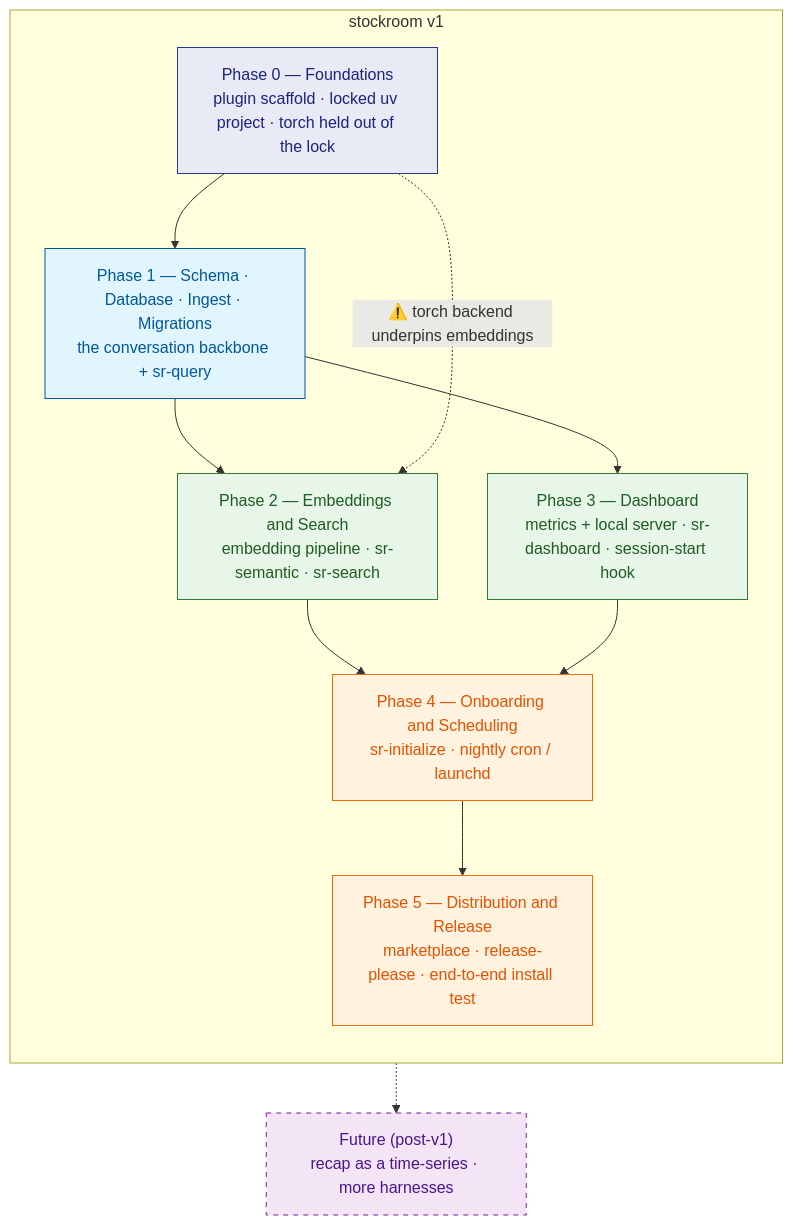
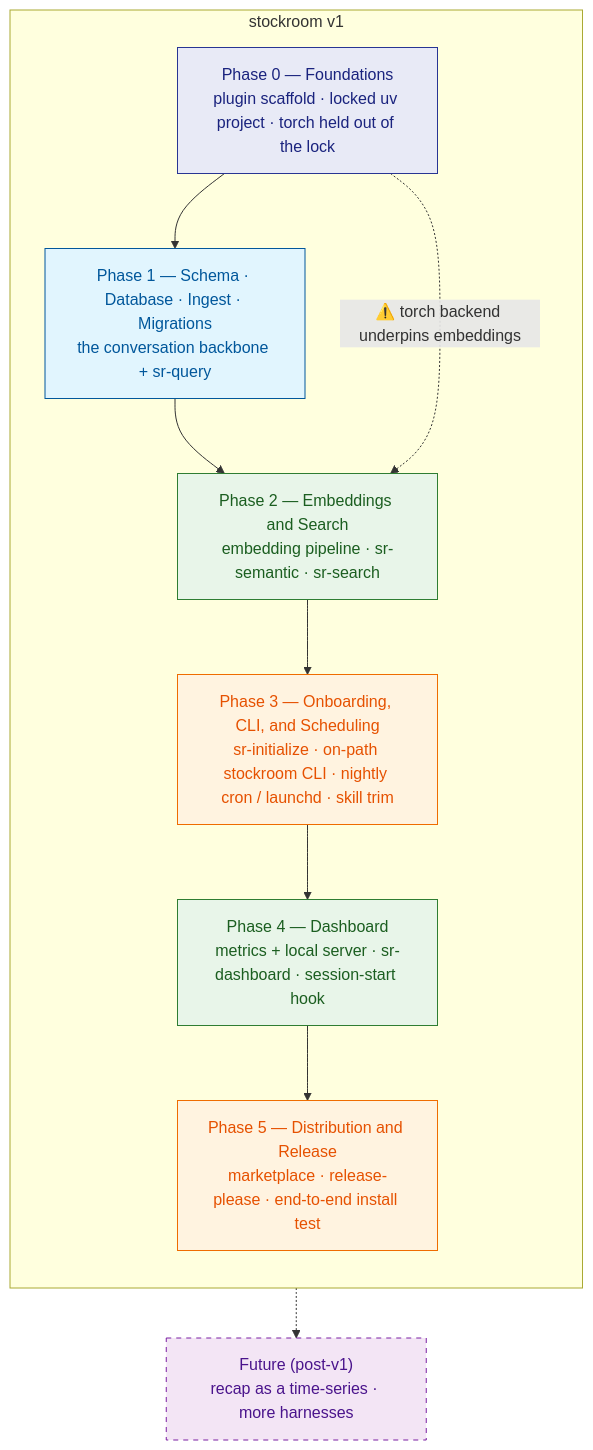
One commit to Texarkanine/stockroom changed the diagram in planning/roadmap.md. Above: the diagram before and after it, drawn with Mermaid. The commit also changed other lines of this file and 9 other files, not shown here.

````diff
--- a/planning/roadmap.md
+++ b/planning/roadmap.md
@@ -17,28 +17,27 @@
 ```mermaid
 graph TD
     classDef foundation fill:#e8eaf6,stroke:#283593,color:#1a237e;
     classDef core fill:#e1f5fe,stroke:#01579b,color:#01579b;
     classDef surface fill:#e8f5e9,stroke:#2e7d32,color:#1b5e20;
     classDef ship fill:#fff3e0,stroke:#ef6c00,color:#e65100;
     classDef future fill:#f3e5f5,stroke:#7b1fa2,color:#4a148c,stroke-dasharray: 5 5;
 
     subgraph V1["stockroom v1"]
         direction TB
         P0["Phase 0 — Foundations<br/>plugin scaffold · locked uv project · torch held out of the lock"]:::foundation
         P1["Phase 1 — Schema · Database · Ingest · Migrations<br/>the conversation backbone + sr-query"]:::core
         P2["Phase 2 — Embeddings and Search<br/>embedding pipeline · sr-semantic · sr-search"]:::surface
-        P3["Phase 3 — Dashboard<br/>metrics + local server · sr-dashboard · session-start hook"]:::surface
-        P4["Phase 4 — Onboarding and Scheduling<br/>sr-initialize · nightly cron / launchd"]:::ship
+        P3["Phase 3 — Onboarding, CLI, and Scheduling<br/>sr-initialize · on-path stockroom CLI · nightly cron / launchd · skill trim"]:::ship
+        P4["Phase 4 — Dashboard<br/>metrics + local server · sr-dashboard · session-start hook"]:::surface
         P5["Phase 5 — Distribution and Release<br/>marketplace · release-please · end-to-end install test"]:::ship
     end
     FUT["Future (post-v1)<br/>recap as a time-series · more harnesses"]:::future
 
     P0 --> P1
     P1 --> P2
-    P1 --> P3
-    P2 --> P4
+    P2 --> P3
     P3 --> P4
     P4 --> P5
     P5 -.-> FUT
     P0 -. "⚠️ torch backend underpins embeddings" .-> P2
 ```
````
